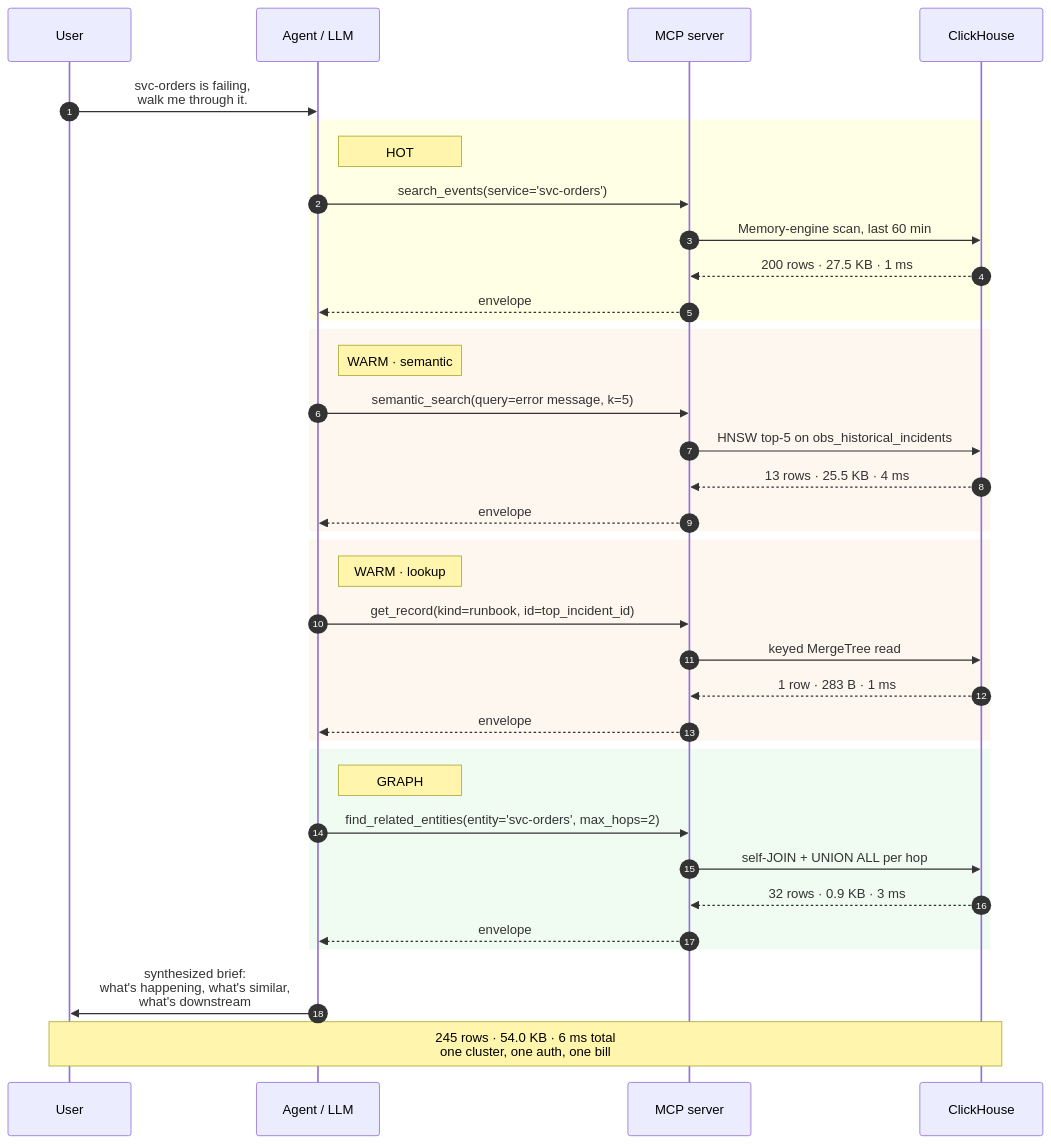
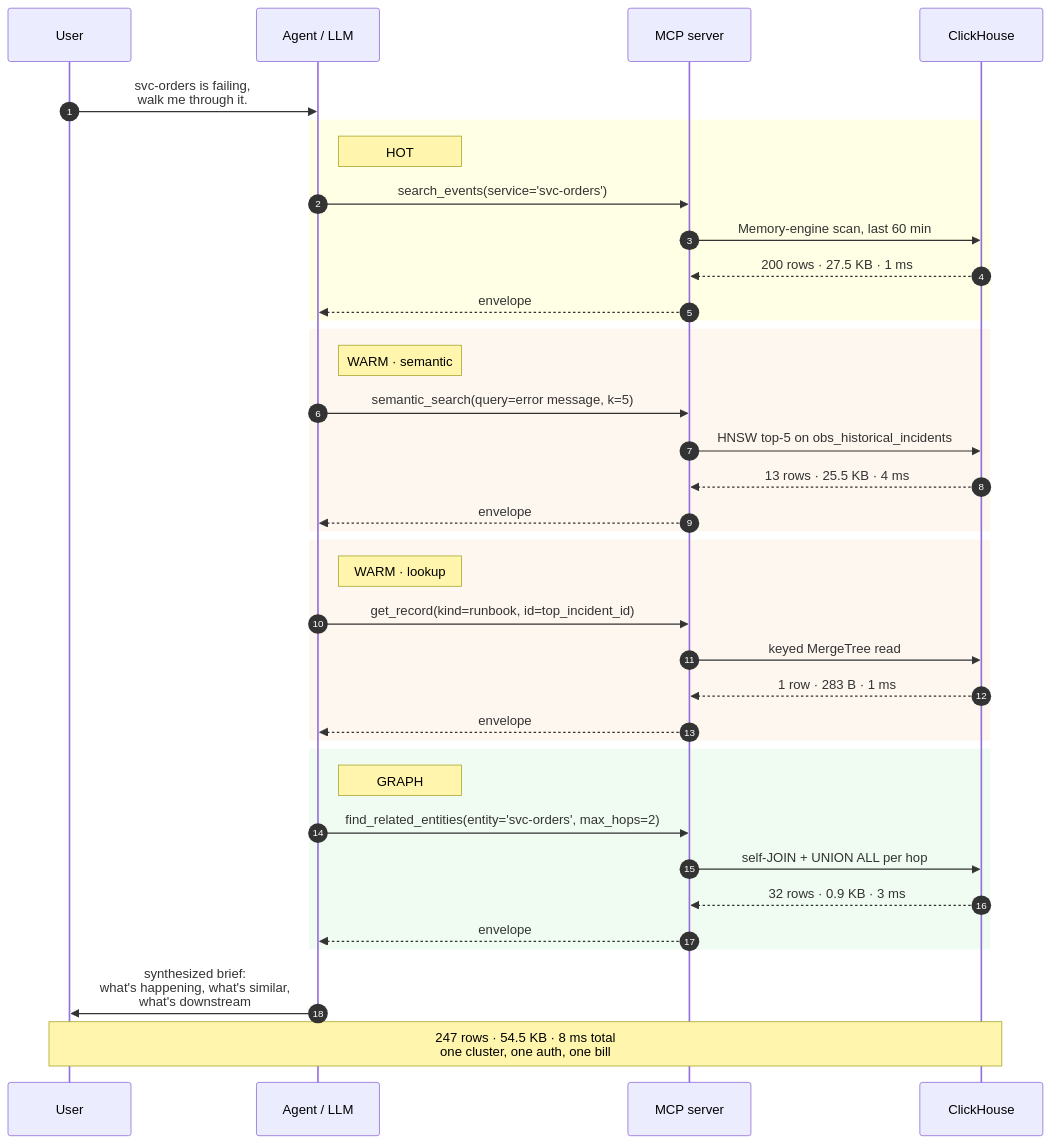
One commit to ClickHouse/clickhouse-agent-memory changed the fifth of 7 diagrams in README.md. Above: the diagram before and after it, drawn with Mermaid. The commit also changed other lines of this file and 2 other files, not shown here.

````diff
--- a/README.md
+++ b/README.md
@@ -244,45 +244,45 @@
 ```mermaid
 sequenceDiagram
     autonumber
     participant U as User
     participant A as Agent / LLM
     participant M as MCP server
     participant CH as ClickHouse
 
     U->>A: svc-orders is failing,<br/>walk me through it.
 
     rect rgb(250, 255, 0, 0.1)
     Note right of A: HOT
     A->>M: search_events(service='svc-orders')
     M->>CH: Memory-engine scan, last 60 min
     CH-->>M: 200 rows · 27.5 KB · 1 ms
     M-->>A: envelope
     end
 
     rect rgb(242, 179, 102, 0.1)
     Note right of A: WARM · semantic
     A->>M: semantic_search(query=error message, k=5)
     M->>CH: HNSW top-5 on obs_historical_incidents
     CH-->>M: 13 rows · 25.5 KB · 4 ms
     M-->>A: envelope
     end
 
     rect rgb(242, 179, 102, 0.1)
     Note right of A: WARM · lookup
     A->>M: get_record(kind=runbook, id=top_incident_id)
     M->>CH: keyed MergeTree read
     CH-->>M: 1 row · 283 B · 1 ms
     M-->>A: envelope
     end
 
     rect rgb(107, 224, 122, 0.1)
     Note right of A: GRAPH
     A->>M: find_related_entities(entity='svc-orders', max_hops=2)
     M->>CH: self-JOIN + UNION ALL per hop
     CH-->>M: 32 rows · 0.9 KB · 3 ms
     M-->>A: envelope
     end
 
     A->>U: synthesized brief:<br/>what's happening, what's similar,<br/>what's downstream
-    Note over U,CH: 245 rows · 54.0 KB · 6 ms total<br/>one cluster, one auth, one bill
+    Note over U,CH: 247 rows · 54.5 KB · 8 ms total<br/>one cluster, one auth, one bill
 ```
````
